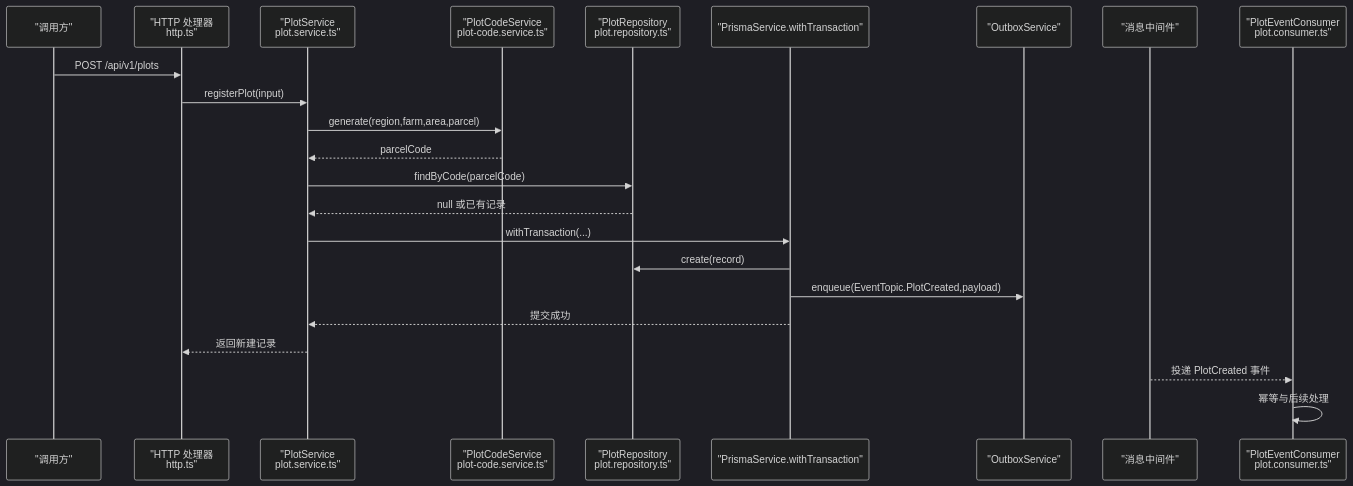
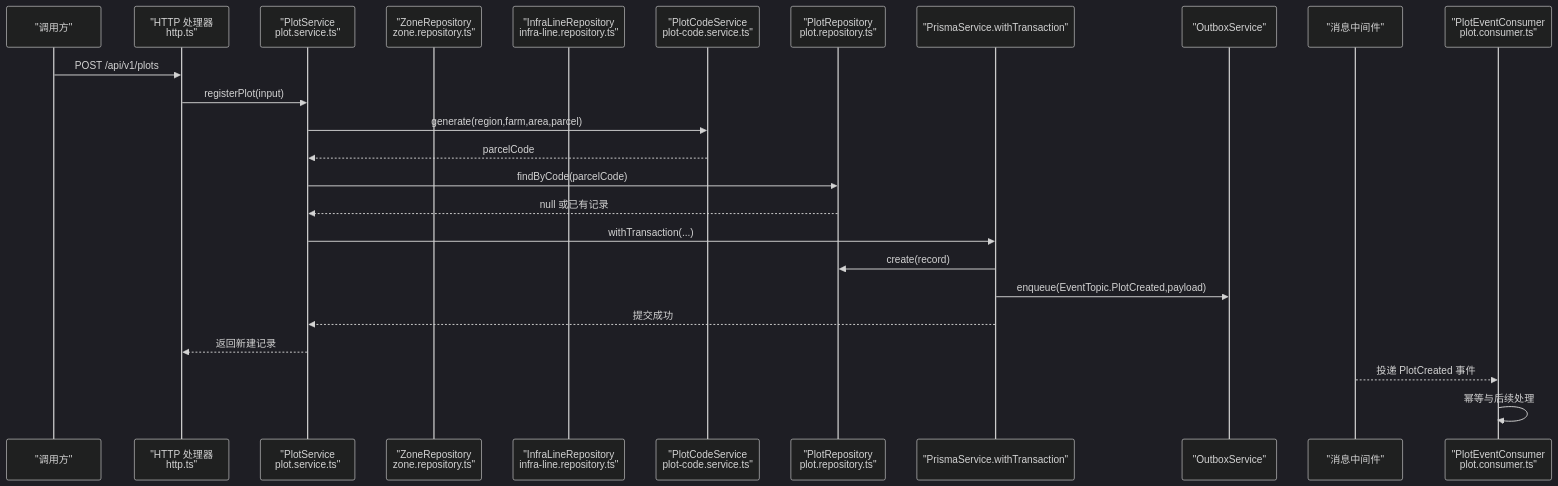
One commit to q446328246/agri-platform changed the second of 10 diagrams in .qoder/repowiki/zh/content/核心服务文档/地块管理服务.md. Above: the diagram before and after it, drawn with Mermaid (dark theme). The commit also changed other lines of this file and 68 other files, not shown here.

````diff
--- a/.qoder/repowiki/zh/content/核心服务文档/地块管理服务.md
+++ b/.qoder/repowiki/zh/content/核心服务文档/地块管理服务.md
@@ -96,25 +130,27 @@
 ```mermaid
 sequenceDiagram
 participant Client as "调用方"
 participant HTTP as "HTTP 处理器<br/>http.ts"
 participant Service as "PlotService<br/>plot.service.ts"
+participant ZoneRepo as "ZoneRepository<br/>zone.repository.ts"
+participant InfraRepo as "InfraLineRepository<br/>infra-line.repository.ts"
 participant Code as "PlotCodeService<br/>plot-code.service.ts"
 participant Repo as "PlotRepository<br/>plot.repository.ts"
 participant Tx as "PrismaService.withTransaction"
 participant Outbox as "OutboxService"
 participant Broker as "消息中间件"
 participant Consumer as "PlotEventConsumer<br/>plot.consumer.ts"
 Client->>HTTP : POST /api/v1/plots
 HTTP->>Service : registerPlot(input)
 Service->>Code : generate(region,farm,area,parcel)
 Code-->>Service : parcelCode
 Service->>Repo : findByCode(parcelCode)
 Repo-->>Service : null 或已有记录
 Service->>Tx : withTransaction(...)
 Tx->>Repo : create(record)
 Tx->>Outbox : enqueue(EventTopic.PlotCreated,payload)
 Tx-->>Service : 提交成功
 Service-->>HTTP : 返回新建记录
 Broker-->>Consumer : 投递 PlotCreated 事件
 Consumer->>Consumer : 幂等与后续处理
 ```
````
